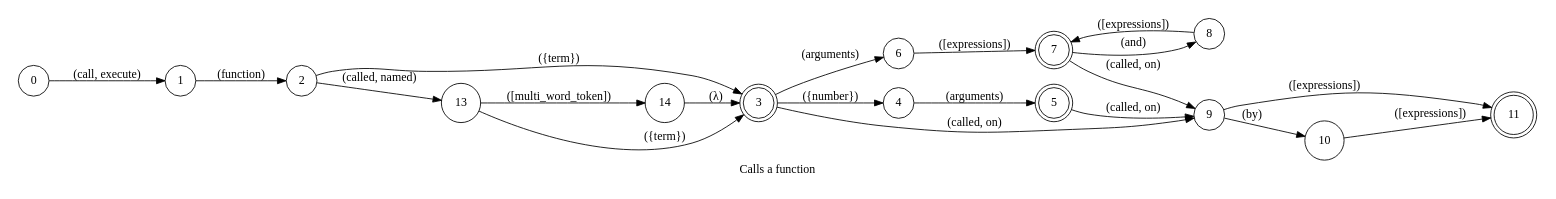
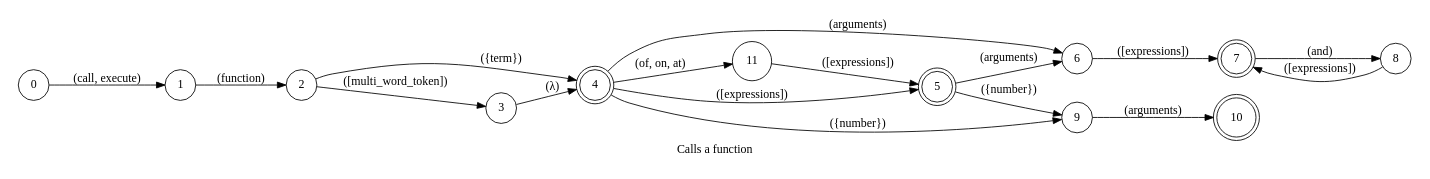
Before and after one commit to pedrooaugusto/speech-to-code: the diagram in spoken/src/modules/typescript/function_call/phrase_en-US.dot, drawn with Graphviz. The commit also changed 96 other files, not shown here.

```diff
--- a/spoken/src/modules/typescript/function_call/phrase_en-US.dot
+++ b/spoken/src/modules/typescript/function_call/phrase_en-US.dot
@@ -1,30 +1,28 @@
 digraph function_call {
     id="function_call";
     label="Calls a function";
     lang="en-US";
     langName="English";
     pad="0.2";
     rankdir=LR;
     priority="2";
-    node[shape=doublecircle]; 3 5 7 11;
+    node[shape=doublecircle]; 4 5 7 10;
     node[shape=circle];
 
     0 -> 1 [label="(call, execute)"];
     1 -> 2 [label="(function)"];
-    2 -> 13 [label="(called, named)"];
-    13 -> 14 [label="([multi_word_token])", store=functionName, extraArgs="{\"case\": \"camel\"}"];
-    14 -> 3 [label="(λ)"];
-    {2 13} -> 3 [label="({term})", store=functionName];
-    3 -> 4 [label="({number})", store=argsNumber];
-    4 -> 5 [label="(arguments)"];
-    3 -> 6 [label="(arguments)"];
+    2 -> 3 [label="([multi_word_token])", store=functionName, extraArgs="{\"case\": \"camel\"}"];
+    3 -> 4 [label="(λ)"];
+    2 -> 4 [label="({term})", store=functionName];
+    4 -> 11 [label="(of, on, at)", disableSpellcheck="true"];
+    {4 11} -> 5 [label="([expressions])", store=caller];
+    {4 5} -> 6 [label="(arguments)"];
     6 -> 7 [label="([expressions])", store=args];
     7 -> 8 [label="(and)"];
     8 -> 7 [label="([expressions])", store=args];
-    {3 5 7} -> 9 [label="(called, on)"];
-    9 -> 10 [label="(by)"];
-    {9 10} -> 11 [label="([expressions])", store=caller];
+    {4 5} -> 9 [label="({number})", store=argsNumber];
+    9 -> 10 [label="(arguments)"];
 
     title="Calls a function";
     desc="Calls a function with the specified arguments in the desired caller";
 }
```
